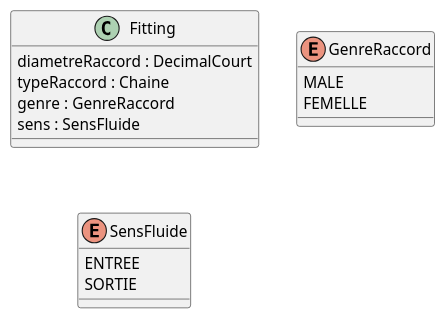
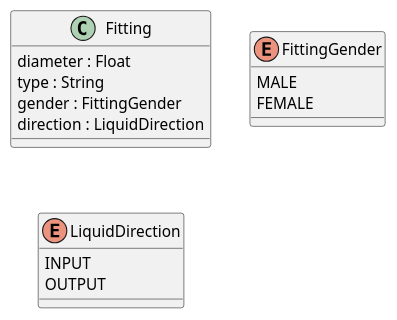
One commit to beerfactory/brewbox-uml changed the diagram in src/class/include/fitting.iuml. Above: the diagram before and after it, drawn with PlantUML.

Commit message:
Translation

```diff
--- a/src/class/include/fitting.iuml
+++ b/src/class/include/fitting.iuml
@@ -1,16 +1,16 @@
 class Fitting {
-    diametreRaccord : DecimalCourt
-    typeRaccord : Chaine
-    genre : GenreRaccord
-    sens : SensFluide
+    diameter : Float
+    type : String
+    gender : FittingGender
+    direction : LiquidDirection
 }
 
-enum GenreRaccord {
+enum FittingGender {
     MALE
-    FEMELLE
+    FEMALE
 }
 
-enum SensFluide {
-	ENTREE
-	SORTIE
+enum LiquidDirection {
+	INPUT
+	OUTPUT
 }
```
